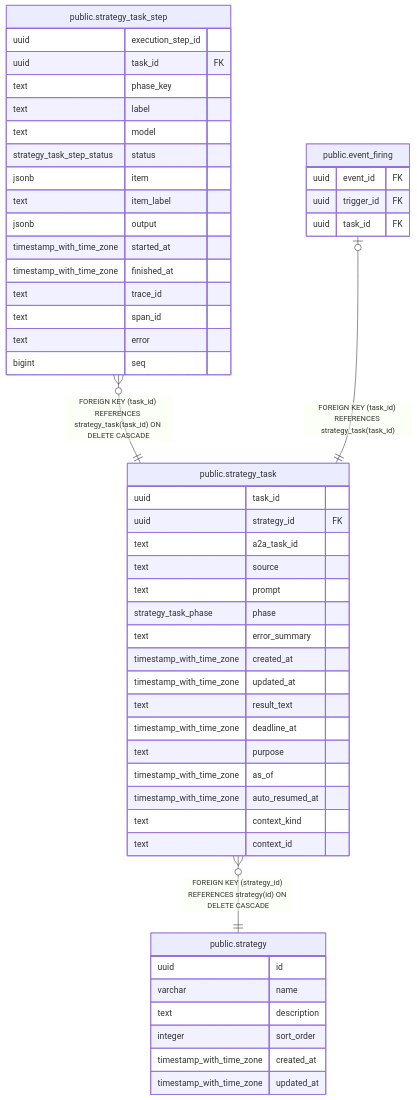
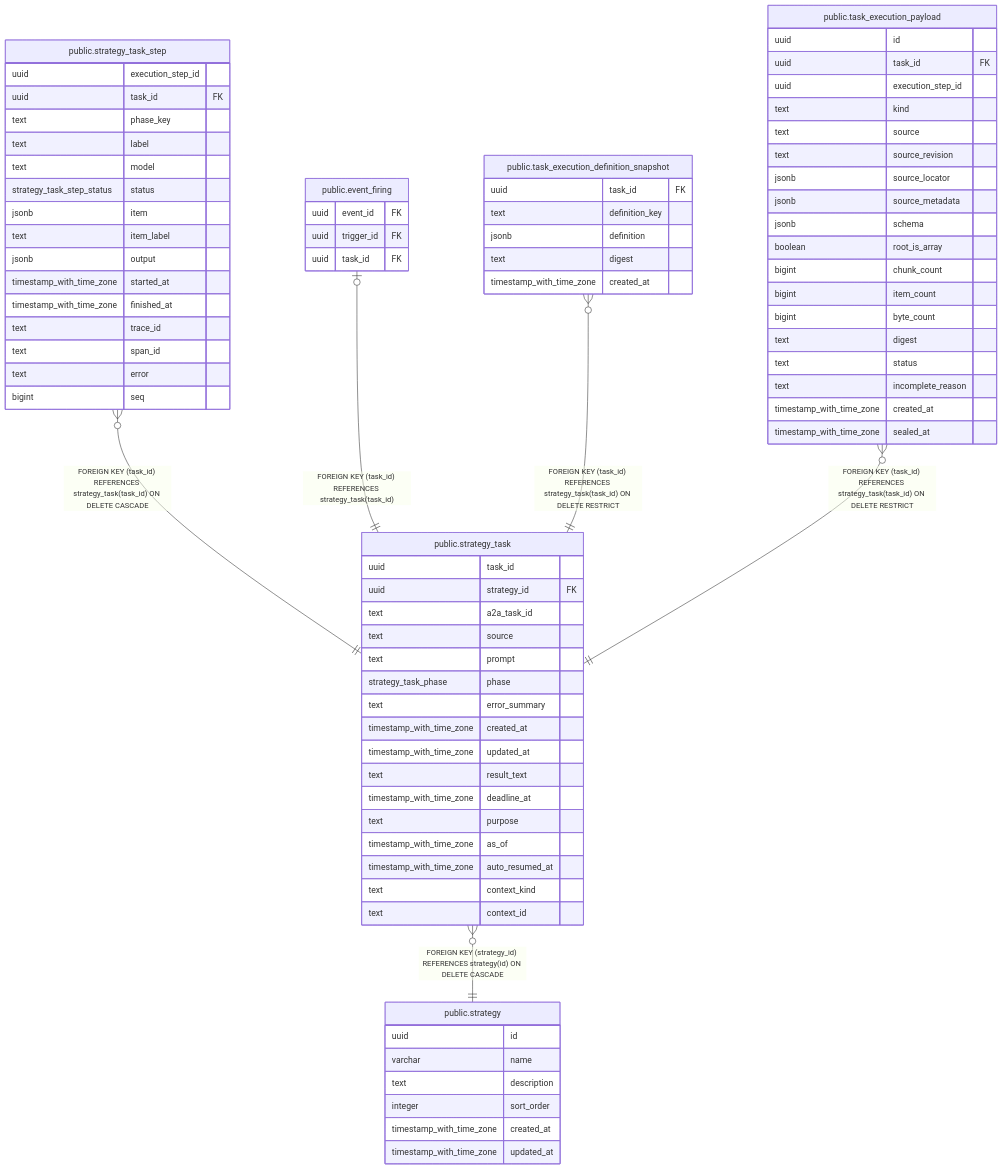
One commit to fohte/t-rader changed the diagram in backend/docs/db/public.strategy_task.md. Above: the diagram before and after it, drawn with Mermaid. The commit also changed other lines of this file and 52 other files, not shown here.

First line of the commit message:
backend: task execution payload の不変保存を追加

```diff
--- a/backend/docs/db/public.strategy_task.md
+++ b/backend/docs/db/public.strategy_task.md
@@ -57,6 +57,8 @@
 
 "public.strategy_task_step" }o--|| "public.strategy_task" : "FOREIGN KEY (task_id) REFERENCES strategy_task(task_id) ON DELETE CASCADE"
 "public.event_firing" |o--|| "public.strategy_task" : "FOREIGN KEY (task_id) REFERENCES strategy_task(task_id)"
+"public.task_execution_definition_snapshot" }o--|| "public.strategy_task" : "FOREIGN KEY (task_id) REFERENCES strategy_task(task_id) ON DELETE RESTRICT"
+"public.task_execution_payload" }o--|| "public.strategy_task" : "FOREIGN KEY (task_id) REFERENCES strategy_task(task_id) ON DELETE RESTRICT"
 "public.strategy_task" }o--|| "public.strategy" : "FOREIGN KEY (strategy_id) REFERENCES strategy(id) ON DELETE CASCADE"
 
 "public.strategy_task" {
@@ -99,6 +101,33 @@
   uuid trigger_id FK
   uuid task_id FK
 }
+"public.task_execution_definition_snapshot" {
+  uuid task_id FK
+  text definition_key
+  jsonb definition
+  text digest
+  timestamp_with_time_zone created_at
+}
+"public.task_execution_payload" {
+  uuid id
+  uuid task_id FK
+  uuid execution_step_id
+  text kind
+  text source
+  text source_revision
+  jsonb source_locator
+  jsonb source_metadata
+  jsonb schema
+  boolean root_is_array
+  bigint chunk_count
+  bigint item_count
+  bigint byte_count
+  text digest
+  text status
+  text incomplete_reason
+  timestamp_with_time_zone created_at
+  timestamp_with_time_zone sealed_at
+}
 "public.strategy" {
   uuid id
   varchar name
```
